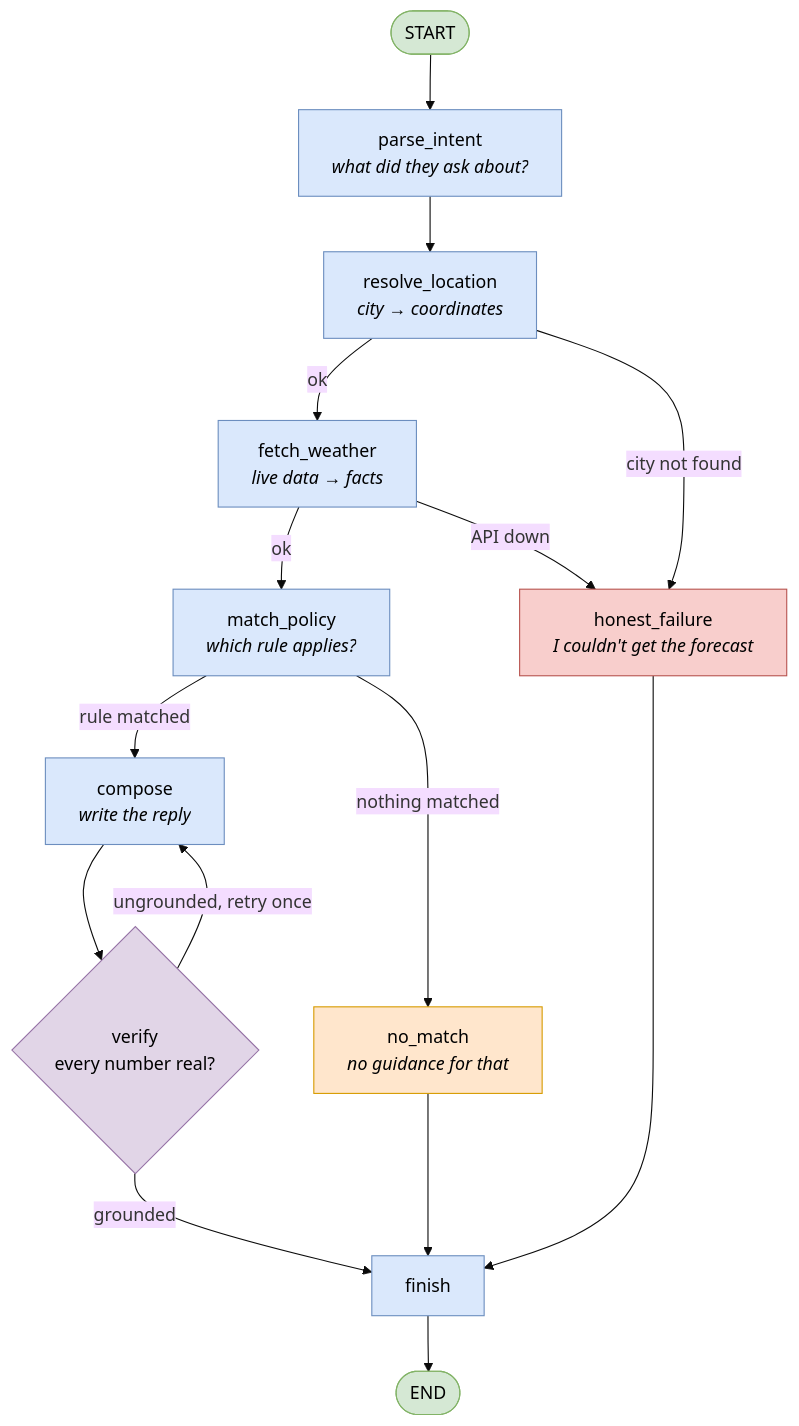
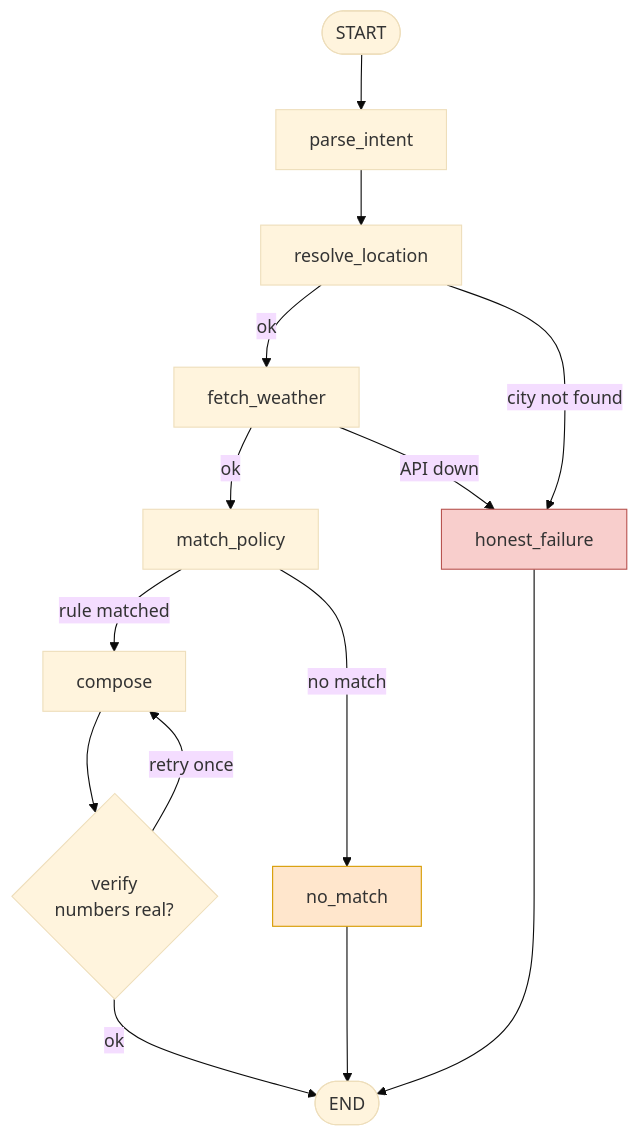
One commit to Santhosh121805/Weathersafe-medibuddyassignment changed the diagram in README.md. Above: the diagram before and after it, drawn with Mermaid (base theme).

Commit message:
Refactor flowchart in README for clarity
Updated flowchart to simplify the process and remove redundant nodes.

````diff
--- a/README.md
+++ b/README.md
@@ -113,34 +113,21 @@
 ```mermaid
 flowchart TD
-    START([START]) --> P[parse_intent<br/><i>what did they ask about?</i>]
-    P --> R[resolve_location<br/><i>city → coordinates</i>]
+    A([START]) --> B[parse_intent]
+    B --> C[resolve_location]
+    C -->|ok| D[fetch_weather]
+    C -->|city not found| H[honest_failure]
+    D -->|ok| E[match_policy]
+    D -->|API down| H
+    E -->|rule matched| F[compose]
+    E -->|no match| N[no_match]
+    F --> G{verify<br/>numbers real?}
+    G -->|retry once| F
+    G -->|ok| Z([END])
+    H --> Z
+    N --> Z
 
-    R -->|ok| F[fetch_weather<br/><i>live data → facts</i>]
-    R -->|city not found| H[honest_failure<br/><i>I couldn't get the forecast</i>]
-
-    F -->|ok| M[match_policy<br/><i>which rule applies?</i>]
-    F -->|API down| H
-
-    M -->|rule matched| C[compose<br/><i>write the reply</i>]
-    M -->|nothing matched| N[no_match<br/><i>no guidance for that</i>]
-
-    C --> V{verify<br/>every number real?}
-    V -->|ungrounded, retry once| C
-    V -->|grounded| FIN[finish]
-
-    H --> FIN
-    N --> FIN
-    FIN --> E([END])
-
-    classDef main fill:#dae8fc,stroke:#6c8ebf,color:#000
-    classDef check fill:#e1d5e7,stroke:#9673a6,color:#000
-    classDef fail fill:#f8cecc,stroke:#b85450,color:#000
-    classDef none fill:#ffe6cc,stroke:#d79b00,color:#000
-    classDef ends fill:#d5e8d4,stroke:#82b366,color:#000
-
-    class P,R,F,M,C,FIN main
-    class V check
+    classDef fail fill:#f8cecc,stroke:#b85450
+    classDef none fill:#ffe6cc,stroke:#d79b00
     class H fail
     class N none
-    class START,E ends
 ```
````
